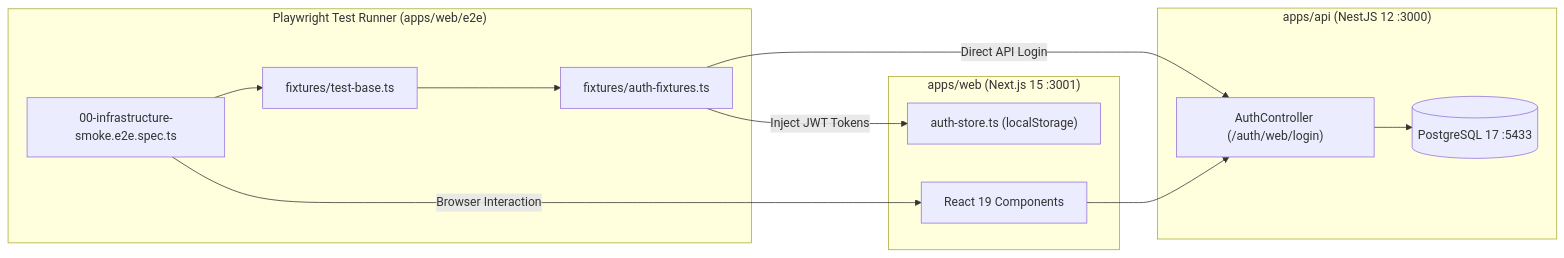
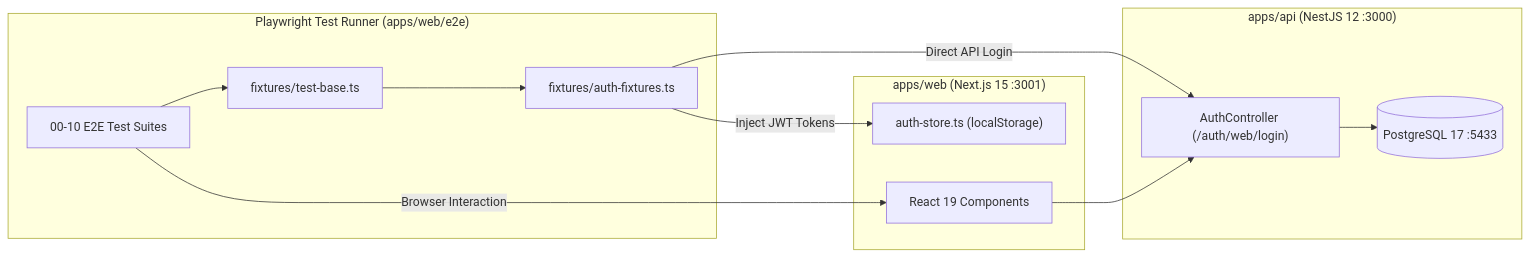
Before and after one commit to Kathir-24/Kumaran-finance: the diagram in docs/web/playwright-e2e-testing.md, drawn with Mermaid. The commit also changed other lines of this file and 14 other files, not shown here.

First line of the commit message:
feat(web): implement the 10 Playwright E2E smoke test suites (Task 12.2)

````diff
--- a/docs/web/playwright-e2e-testing.md
+++ b/docs/web/playwright-e2e-testing.md
@@ -13,25 +14,25 @@
 ```mermaid
 flowchart LR
     subgraph E2E_Runner["Playwright Test Runner (apps/web/e2e)"]
-        Spec["00-infrastructure-smoke.e2e.spec.ts"]
+        Spec["00-10 E2E Test Suites"]
         Base["fixtures/test-base.ts"]
         Fixtures["fixtures/auth-fixtures.ts"]
     end
 
     subgraph Web_App["apps/web (Next.js 15 :3001)"]
         UI["React 19 Components"]
         Zustand["auth-store.ts (localStorage)"]
     end
 
     subgraph Backend["apps/api (NestJS 12 :3000)"]
         AuthCtrl["AuthController (/auth/web/login)"]
         DB[(PostgreSQL 17 :5433)]
     end
 
     Spec --> Base --> Fixtures
     Fixtures -->|Direct API Login| AuthCtrl
     AuthCtrl --> DB
     Fixtures -->|Inject JWT Tokens| Zustand
     Spec -->|Browser Interaction| UI
     UI --> AuthCtrl
 ```
````
